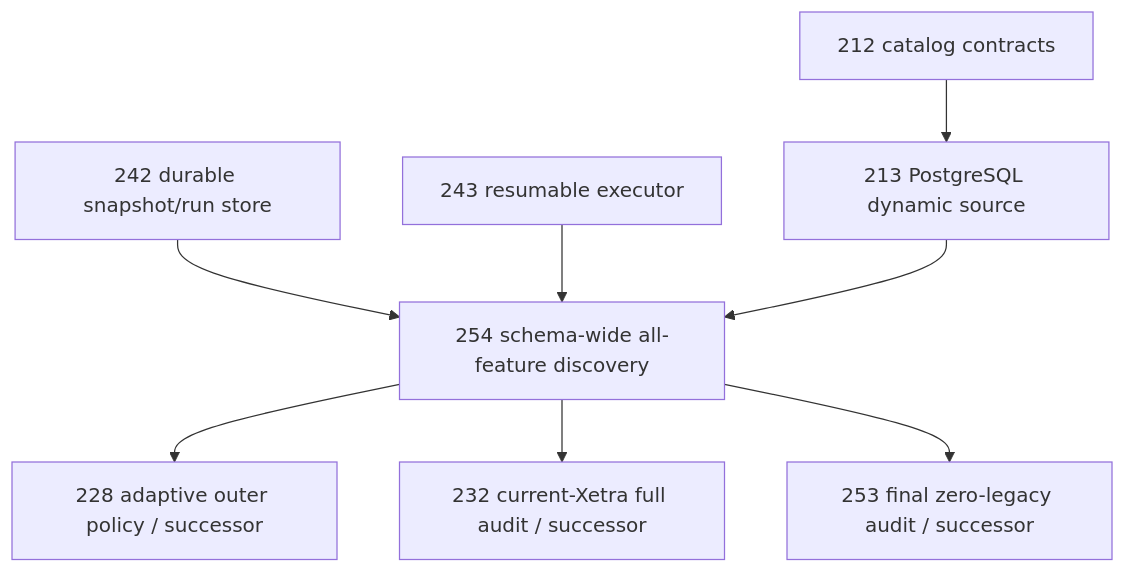
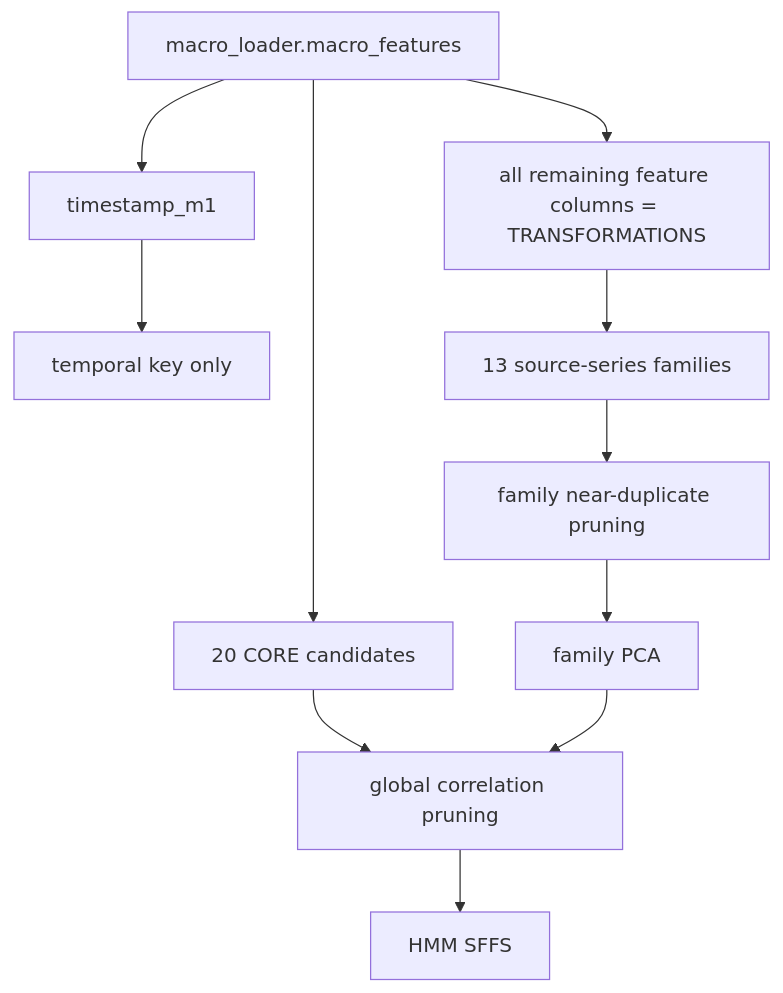
Before and after one commit to SergejSchweizer/regime-engine: the second of 3 diagrams in BACKLOG.md, drawn with Mermaid. The commit also changed other lines of this file, not shown here.

````diff
--- a/BACKLOG.md
+++ b/BACKLOG.md
@@ -3698,10 +361,13 @@
-```mermaid
+~~~mermaid
 flowchart TD
-    P212[212 catalog contracts] --> P213[213 PostgreSQL dynamic source]
-    P242[242 durable snapshot/run store] --> P254[254 schema-wide all-feature discovery]
-    P243[243 resumable executor] --> P254
-    P213 --> P254
-    P254 --> P228[228 adaptive outer policy / successor]
-    P254 --> P232[232 current-Xetra full audit / successor]
-    P254 --> P253[253 final zero-legacy audit / successor]
-```
+    A[macro_loader.macro_features] --> T[timestamp_m1]
+    A --> C[20 CORE candidates]
+    A --> X[all remaining feature columns = TRANSFORMATIONS]
+    T --> TK[temporal key only]
+    C --> CG[global correlation pruning]
+    X --> F[13 source-series families]
+    F --> ND[family near-duplicate pruning]
+    ND --> P[family PCA]
+    P --> CG
+    CG --> S[HMM SFFS]
+~~~
````
